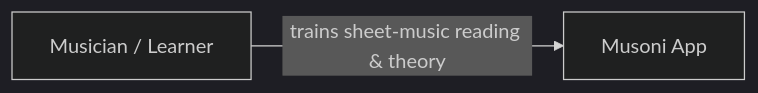
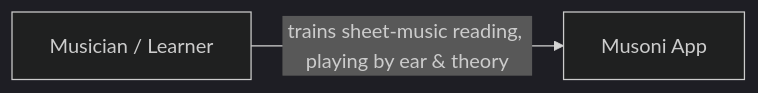
Before and after one commit to thewind121212/musoni: the first of 4 diagrams in docs/summary.md, drawn with Mermaid (dark theme). The commit also changed other lines of this file and 57 other files, not shown here.

````diff
--- a/docs/summary.md
+++ b/docs/summary.md
@@ -29,4 +30,4 @@
 ```mermaid
 graph LR
-  U["Musician / Learner"] -->|trains sheet-music reading & theory| APP["Musoni App"]
+  U["Musician / Learner"] -->|trains sheet-music reading, playing by ear & theory| APP["Musoni App"]
 ```
````
